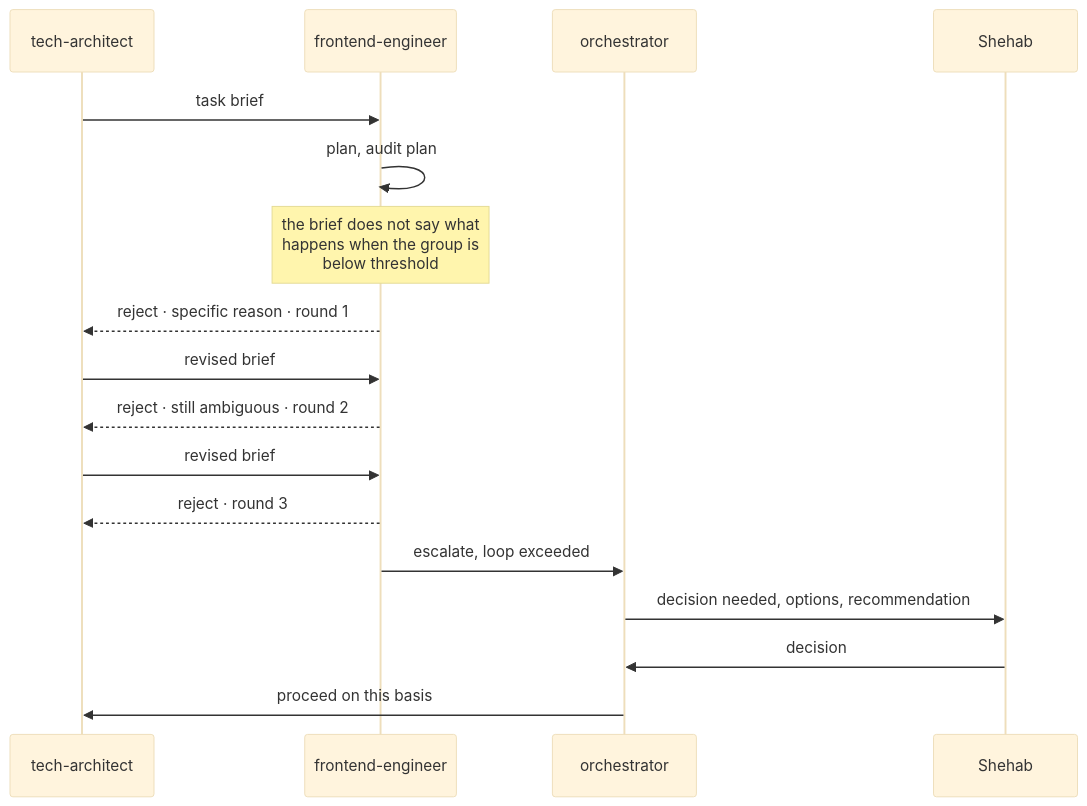
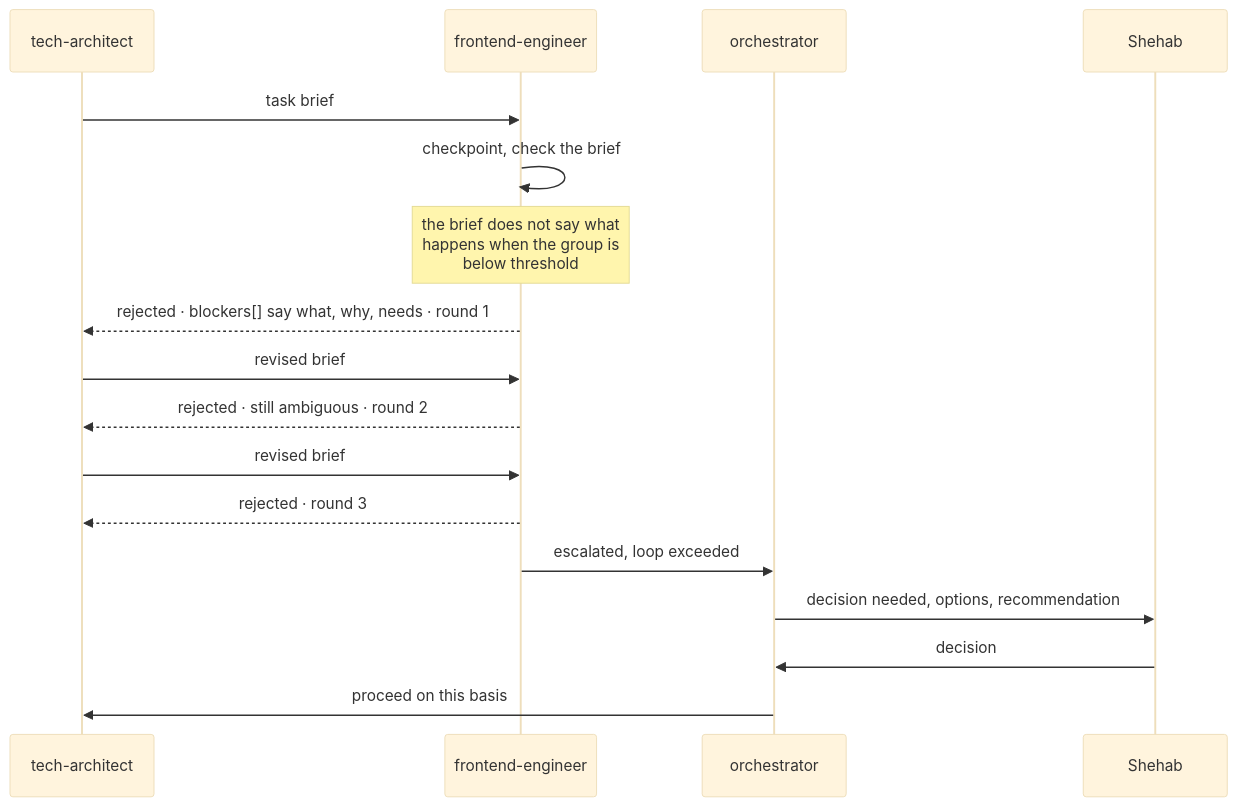
Before and after one commit to Shehabov/actio: the third of 3 diagrams in docs/WORKFLOW.md, drawn with Mermaid (base theme). The commit also changed other lines of this file and 116 other files, not shown here.

````diff
--- a/docs/WORKFLOW.md
+++ b/docs/WORKFLOW.md
@@ -197,20 +300,20 @@
 ```mermaid
 sequenceDiagram
     participant ARCH as tech-architect
     participant FE as frontend-engineer
     participant ORC as orchestrator
     participant SB as Shehab
 
     ARCH->>FE: task brief
-    FE->>FE: plan, audit plan
+    FE->>FE: checkpoint, check the brief
     Note over FE: the brief does not say what<br/>happens when the group is<br/>below threshold
-    FE-->>ARCH: reject · specific reason · round 1
+    FE-->>ARCH: rejected · blockers[] say what, why, needs · round 1
     ARCH->>FE: revised brief
-    FE-->>ARCH: reject · still ambiguous · round 2
+    FE-->>ARCH: rejected · still ambiguous · round 2
     ARCH->>FE: revised brief
-    FE-->>ARCH: reject · round 3
-    FE->>ORC: escalate, loop exceeded
+    FE-->>ARCH: rejected · round 3
+    FE->>ORC: escalated, loop exceeded
     ORC->>SB: decision needed, options, recommendation
     SB->>ORC: decision
     ORC->>ARCH: proceed on this basis
 ```
````
